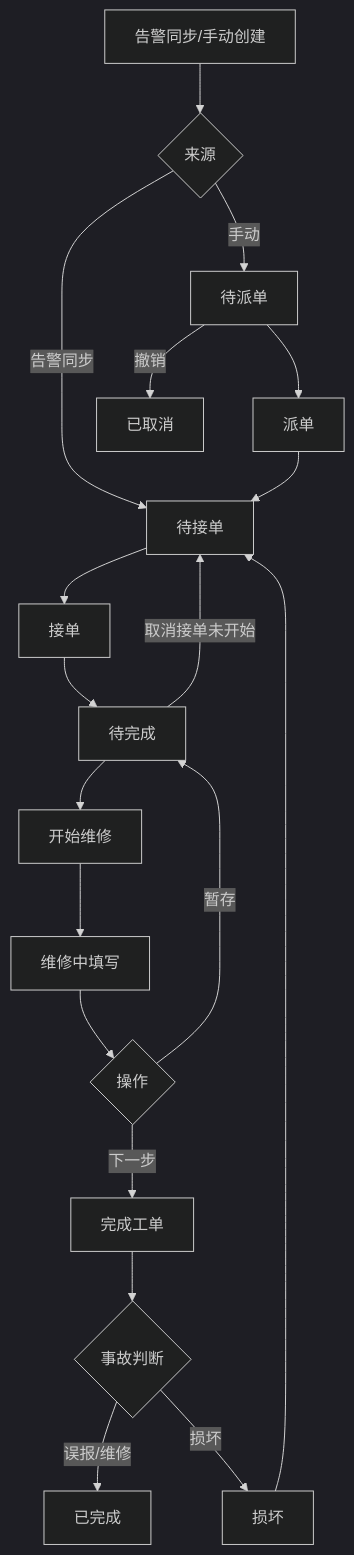
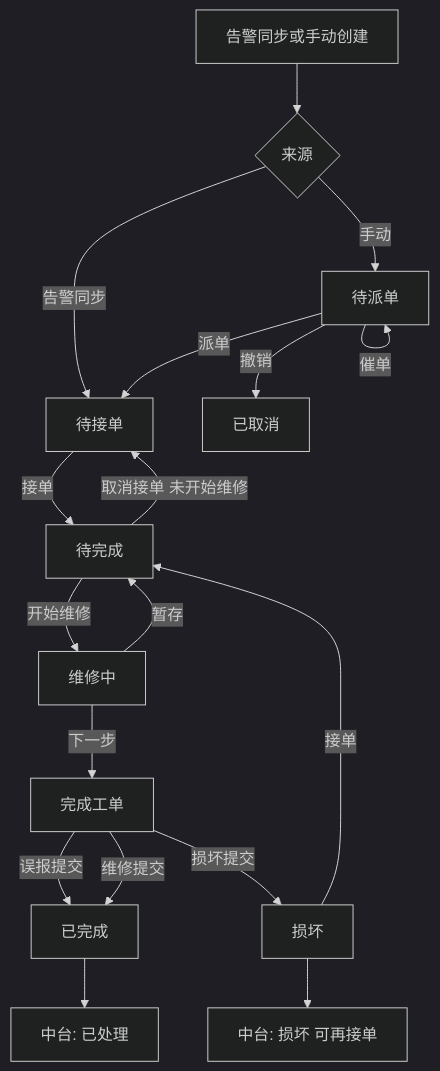
The diagram in docs/PRD-告警中心与设施工单.md (Apioz/LY), drawn with Mermaid (dark theme) before and after one commit. The commit also changed other lines of this file and 15 other files, not shown here.

````diff
--- a/docs/PRD-告警中心与设施工单.md
+++ b/docs/PRD-告警中心与设施工单.md
@@ -697,21 +732,20 @@
 ```mermaid
 flowchart TD
-  A[告警同步/手动创建] --> B{来源}
+  A[告警同步或手动创建] --> B{来源}
   B -->|告警同步| C[待接单]
   B -->|手动| D[待派单]
-  D --> E[派单]
-  E --> C
-  C --> F[接单]
-  F --> G[待完成]
-  G --> H[开始维修]
-  H --> I[维修中填写]
-  I --> J{操作}
-  J -->|暂存| G
-  J -->|下一步| K[完成工单]
-  K --> L{事故判断}
-  L -->|误报/维修| M[已完成]
-  L -->|损坏| N[损坏]
-  N --> C
-  G -->|取消接单未开始| C
-  D -->|撤销| O[已取消]
+  D -->|派单| C
+  D -->|撤销| X[已取消]
+  D -->|催单| D
+  C -->|接单| E[待完成]
+  F[损坏] -->|接单| E
+  E -->|取消接单 未开始维修| C
+  E -->|开始维修| G[维修中]
+  G -->|暂存| E
+  G -->|下一步| H[完成工单]
+  H -->|误报提交| I[已完成]
+  H -->|维修提交| I
+  H -->|损坏提交| F
+  I --> J[中台: 已处理]
+  F --> K[中台: 损坏 可再接单]
 ```
````
